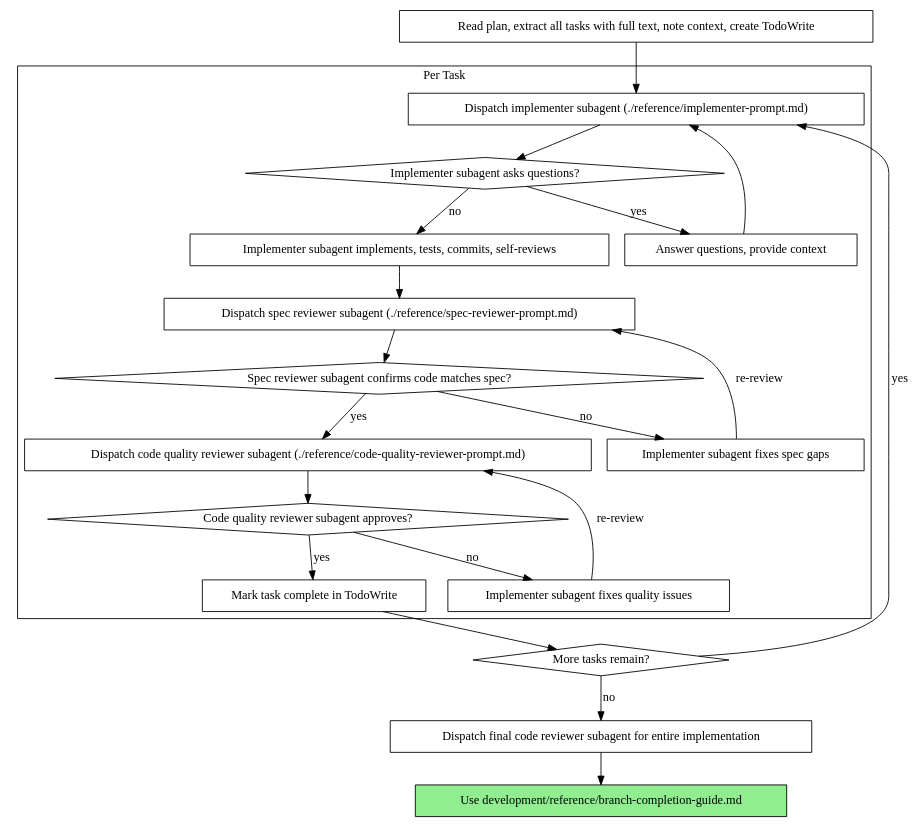
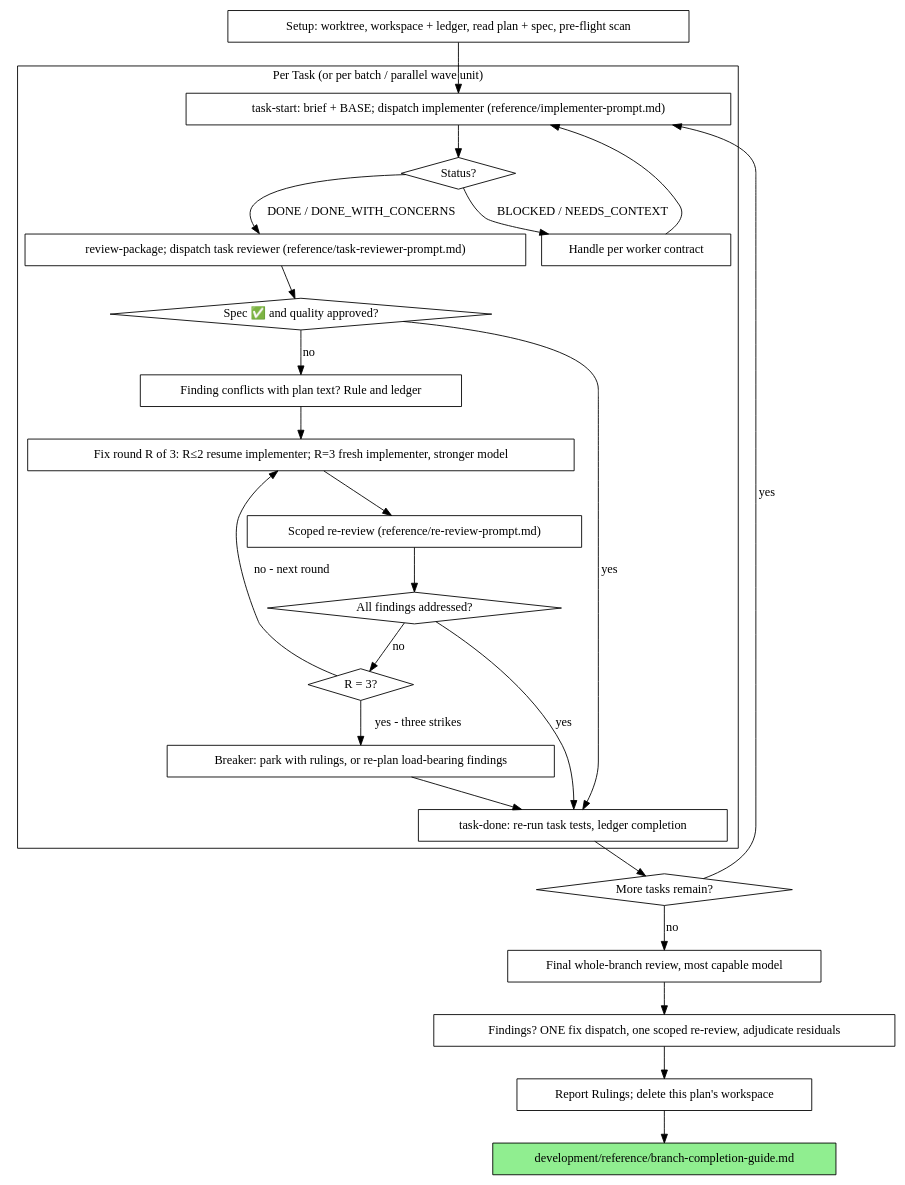
One commit to gautam-achieveai/ClaudePlugins changed the second of 2 diagrams in development/skills/subagent-driven-development/SKILL.md. Above: the diagram before and after it, drawn with Graphviz. The commit also changed other lines of this file and 39 other files, not shown here.

First line of the commit message:
feat(development): scenario-driven development, Agile team mode, worker contract

````diff
--- a/development/skills/subagent-driven-development/SKILL.md
+++ b/development/skills/subagent-driven-development/SKILL.md
@@ -43,44 +57,51 @@
 ```dot
 digraph process {
     rankdir=TB;
 
     subgraph cluster_per_task {
-        label="Per Task";
-        "Dispatch implementer subagent (./reference/implementer-prompt.md)" [shape=box];
-        "Implementer subagent asks questions?" [shape=diamond];
-        "Answer questions, provide context" [shape=box];
-        "Implementer subagent implements, tests, commits, self-reviews" [shape=box];
-        "Dispatch spec reviewer subagent (./reference/spec-reviewer-prompt.md)" [shape=box];
-        "Spec reviewer subagent confirms code matches spec?" [shape=diamond];
-        "Implementer subagent fixes spec gaps" [shape=box];
-        "Dispatch code quality reviewer subagent (./reference/code-quality-reviewer-prompt.md)" [shape=box];
-        "Code quality reviewer subagent approves?" [shape=diamond];
-        "Implementer subagent fixes quality issues" [shape=box];
-        "Mark task complete in TodoWrite" [shape=box];
+        label="Per Task (or per batch / parallel wave unit)";
+        "task-start: brief + BASE; dispatch implementer (reference/implementer-prompt.md)" [shape=box];
+        "Status?" [shape=diamond];
+        "Handle per worker contract" [shape=box];
+        "review-package; dispatch task reviewer (reference/task-reviewer-prompt.md)" [shape=box];
+        "Spec ✅ and quality approved?" [shape=diamond];
+        "Finding conflicts with plan text? Rule and ledger" [shape=box];
+        "Fix round R of 3: R≤2 resume implementer; R=3 fresh implementer, stronger model" [shape=box];
+        "Scoped re-review (reference/re-review-prompt.md)" [shape=box];
+        "All findings addressed?" [shape=diamond];
+        "R = 3?" [shape=diamond];
+        "Breaker: park with rulings, or re-plan load-bearing findings" [shape=box];
+        "task-done: re-run task tests, ledger completion" [shape=box];
     }
 
-    "Read plan, extract all tasks with full text, note context, create TodoWrite" [shape=box];
+    "Setup: worktree, workspace + ledger, read plan + spec, pre-flight scan" [shape=box];
     "More tasks remain?" [shape=diamond];
-    "Dispatch final code reviewer subagent for entire implementation" [shape=box];
-    "Use development/reference/branch-completion-guide.md" [shape=box style=filled fillcolor=lightgreen];
+    "Final whole-branch review, most capable model" [shape=box];
+    "Findings? ONE fix dispatch, one scoped re-review, adjudicate residuals" [shape=box];
+    "Report Rulings; delete this plan's workspace" [shape=box];
+    "development/reference/branch-completion-guide.md" [shape=box style=filled fillcolor=lightgreen];
 
-    "Read plan, extract all tasks with full text, note context, create TodoWrite" -> "Dispatch implementer subagent (./reference/implementer-prompt.md)";
-    "Dispatch implementer subagent (./reference/implementer-prompt.md)" -> "Implementer subagent asks questions?";
-    "Implementer subagent asks questions?" -> "Answer questions, provide context" [label="yes"];
-    "Answer questions, provide context" -> "Dispatch implementer subagent (./reference/implementer-prompt.md)";
-    "Implementer subagent asks questions?" -> "Implementer subagent implements, tests, commits, self-reviews" [label="no"];
-    "Implementer subagent implements, tests, commits, self-reviews" -> "Dispatch spec reviewer subagent (./reference/spec-reviewer-prompt.md)";
-    "Dispatch spec reviewer subagent (./reference/spec-reviewer-prompt.md)" -> "Spec reviewer subagent confirms code matches spec?";
-    "Spec reviewer subagent confirms code matches spec?" -> "Implementer subagent fixes spec gaps" [label="no"];
-    "Implementer subagent fixes spec gaps" -> "Dispatch spec reviewer subagent (./reference/spec-reviewer-prompt.md)" [label="re-review"];
-    "Spec reviewer subagent confirms code matches spec?" -> "Dispatch code quality reviewer subagent (./reference/code-quality-reviewer-prompt.md)" [label="yes"];
-    "Dispatch code quality reviewer subagent (./reference/code-quality-reviewer-prompt.md)" -> "Code quality reviewer subagent approves?";
-    "Code quality reviewer subagent approves?" -> "Implementer subagent fixes quality issues" [label="no"];
-    "Implementer subagent fixes quality issues" -> "Dispatch code quality reviewer subagent (./reference/code-quality-reviewer-prompt.md)" [label="re-review"];
-    "Code quality reviewer subagent approves?" -> "Mark task complete in TodoWrite" [label="yes"];
-    "Mark task complete in TodoWrite" -> "More tasks remain?";
-    "More tasks remain?" -> "Dispatch implementer subagent (./reference/implementer-prompt.md)" [label="yes"];
-    "More tasks remain?" -> "Dispatch final code reviewer subagent for entire implementation" [label="no"];
-    "Dispatch final code reviewer subagent for entire implementation" -> "Use development/reference/branch-completion-guide.md";
+    "Setup: worktree, workspace + ledger, read plan + spec, pre-flight scan" -> "task-start: brief + BASE; dispatch implementer (reference/implementer-prompt.md)";
+    "task-start: brief + BASE; dispatch implementer (reference/implementer-prompt.md)" -> "Status?";
+    "Status?" -> "Handle per worker contract" [label="BLOCKED / NEEDS_CONTEXT"];
+    "Handle per worker contract" -> "task-start: brief + BASE; dispatch implementer (reference/implementer-prompt.md)";
+    "Status?" -> "review-package; dispatch task reviewer (reference/task-reviewer-prompt.md)" [label="DONE / DONE_WITH_CONCERNS"];
+    "review-package; dispatch task reviewer (reference/task-reviewer-prompt.md)" -> "Spec ✅ and quality approved?";
+    "Spec ✅ and quality approved?" -> "task-done: re-run task tests, ledger completion" [label="yes"];
+    "Spec ✅ and quality approved?" -> "Finding conflicts with plan text? Rule and ledger" [label="no"];
+    "Finding conflicts with plan text? Rule and ledger" -> "Fix round R of 3: R≤2 resume implementer; R=3 fresh implementer, stronger model";
+    "Fix round R of 3: R≤2 resume implementer; R=3 fresh implementer, stronger model" -> "Scoped re-review (reference/re-review-prompt.md)";
+    "Scoped re-review (reference/re-review-prompt.md)" -> "All findings addressed?";
+    "All findings addressed?" -> "task-done: re-run task tests, ledger completion" [label="yes"];
+    "All findings addressed?" -> "R = 3?" [label="no"];
+    "R = 3?" -> "Fix round R of 3: R≤2 resume implementer; R=3 fresh implementer, stronger model" [label="no - next round"];
+    "R = 3?" -> "Breaker: park with rulings, or re-plan load-bearing findings" [label="yes - three strikes"];
+    "Breaker: park with rulings, or re-plan load-bearing findings" -> "task-done: re-run task tests, ledger completion";
+    "task-done: re-run task tests, ledger completion" -> "More tasks remain?";
+    "More tasks remain?" -> "task-start: brief + BASE; dispatch implementer (reference/implementer-prompt.md)" [label="yes"];
+    "More tasks remain?" -> "Final whole-branch review, most capable model" [label="no"];
+    "Final whole-branch review, most capable model" -> "Findings? ONE fix dispatch, one scoped re-review, adjudicate residuals";
+    "Findings? ONE fix dispatch, one scoped re-review, adjudicate residuals" -> "Report Rulings; delete this plan's workspace";
+    "Report Rulings; delete this plan's workspace" -> "development/reference/branch-completion-guide.md";
 }
 ```
````
